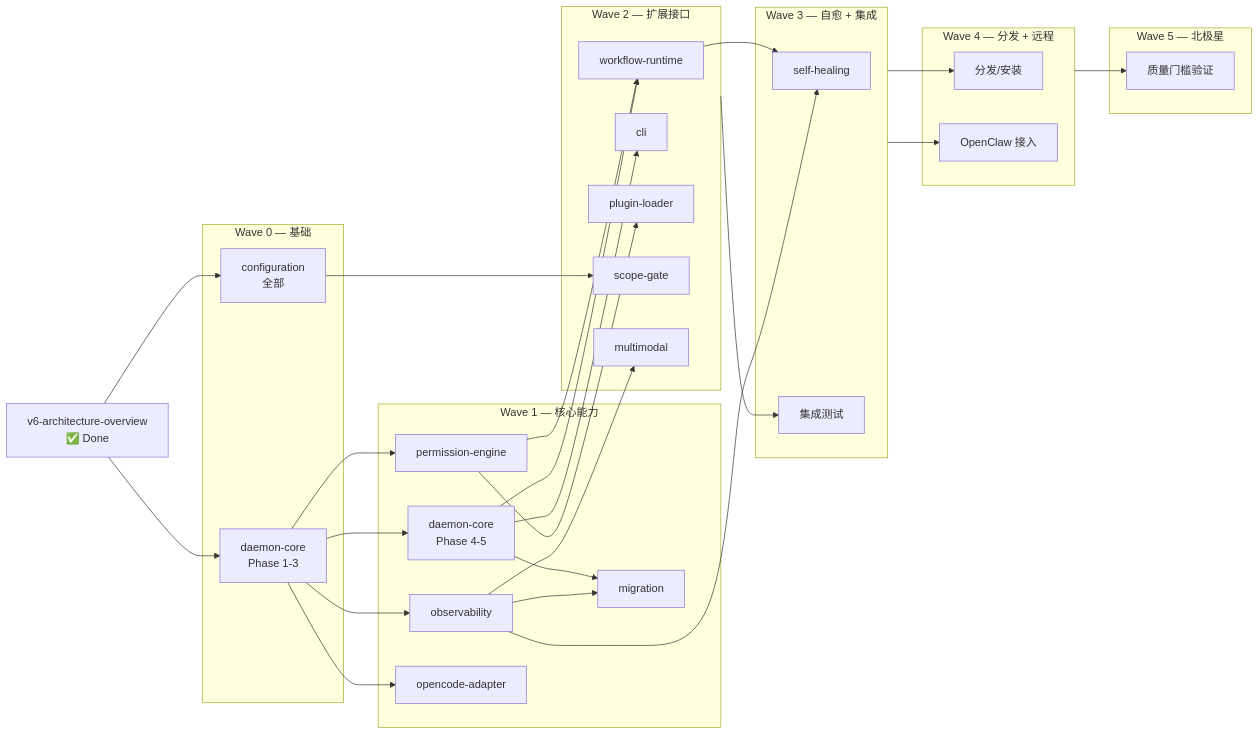
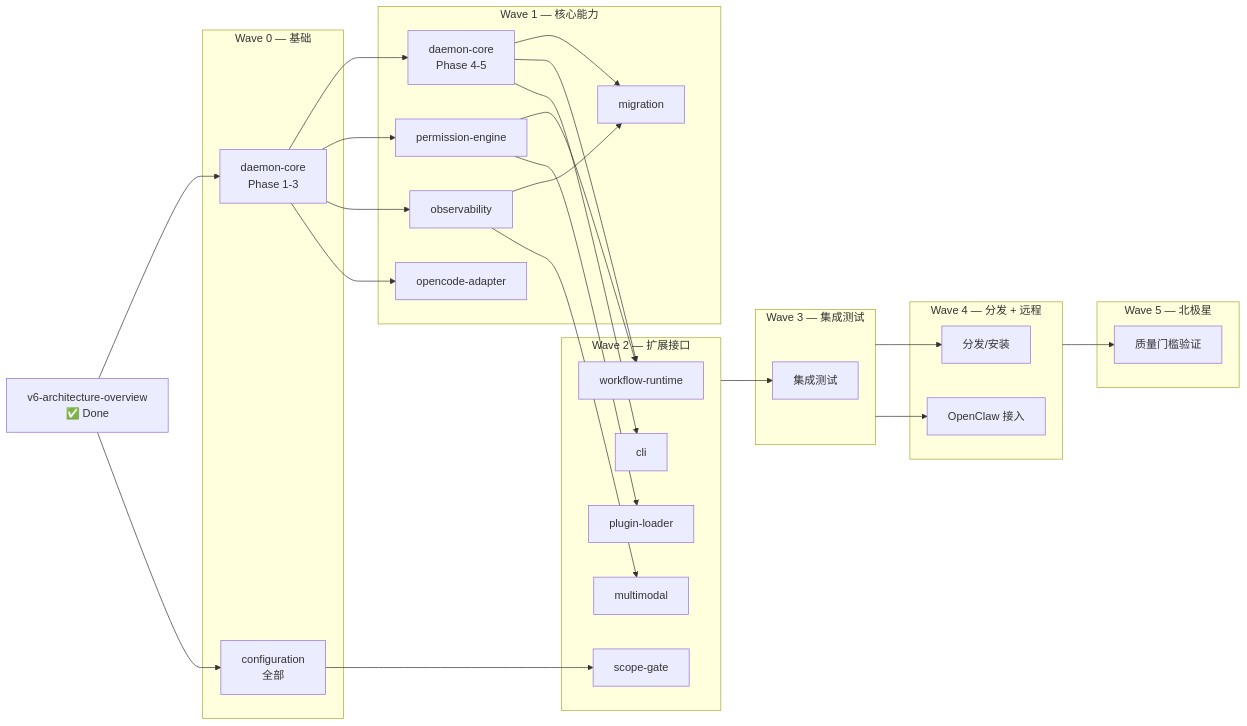
The diagram in .kiro/specs/v6-architecture-overview/artifacts/development-roadmap.md (lyqstart/SpecForge), drawn with Mermaid before and after one commit. The commit also changed other lines of this file and 464 other files, not shown here.

````diff
--- a/.kiro/specs/v6-architecture-overview/artifacts/development-roadmap.md
+++ b/.kiro/specs/v6-architecture-overview/artifacts/development-roadmap.md
@@ -160,60 +160,57 @@
 ```mermaid
 flowchart LR
     V6[v6-architecture-overview<br/>✅ Done]
 
     subgraph W0[Wave 0 — 基础]
         DC1[daemon-core<br/>Phase 1-3]
         CFG[configuration<br/>全部]
     end
 
     subgraph W1[Wave 1 — 核心能力]
         DC2[daemon-core<br/>Phase 4-5]
         PE[permission-engine]
         OBS[observability]
         OCA[opencode-adapter]
         MIG[migration]
     end
 
     subgraph W2[Wave 2 — 扩展接口]
         WR[workflow-runtime]
         CLI[cli]
         PL[plugin-loader]
         SG[scope-gate]
         MM[multimodal]
     end
 
-    subgraph W3[Wave 3 — 自愈 + 集成]
-        SH[self-healing]
+    subgraph W3[Wave 3 — 集成测试]
         IT1[集成测试]
     end
 
     subgraph W4[Wave 4 — 分发 + 远程]
         DIST[分发/安装]
         RMT[OpenClaw 接入]
     end
 
     subgraph W5[Wave 5 — 北极星]
         GATE[质量门槛验证]
     end
 
     V6 --> DC1
     V6 --> CFG
     DC1 --> DC2
     DC1 --> PE
     DC1 --> OBS
     DC1 --> OCA
     CFG --> SG
     DC2 --> MIG
     OBS --> MIG
     OBS --> MM
     PE --> WR
     DC2 --> WR
     DC2 --> CLI
     PE --> PL
-    WR --> SH
-    OBS --> SH
     W2 --> IT1
     W3 --> DIST
     W3 --> RMT
     W4 --> GATE
 ```
````
